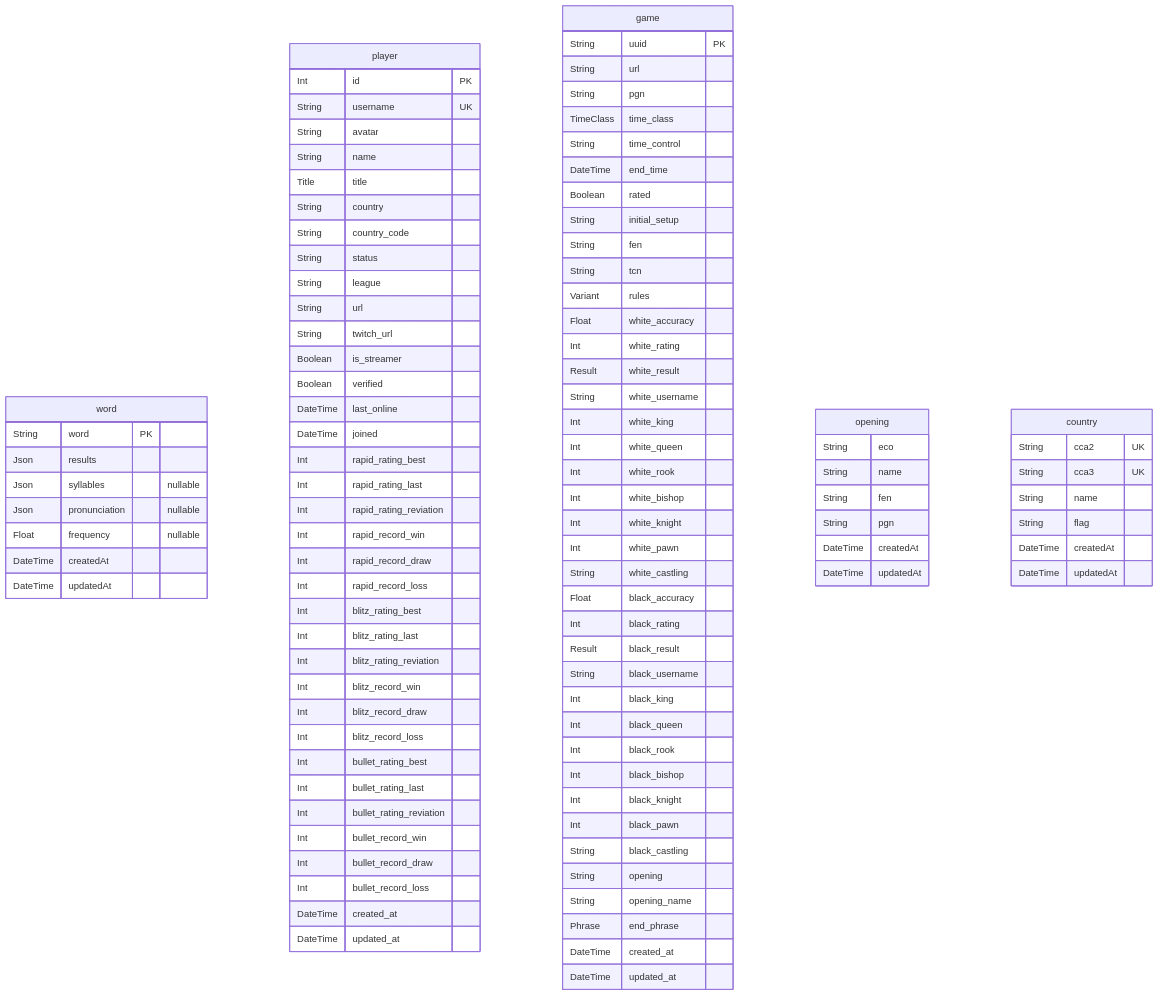
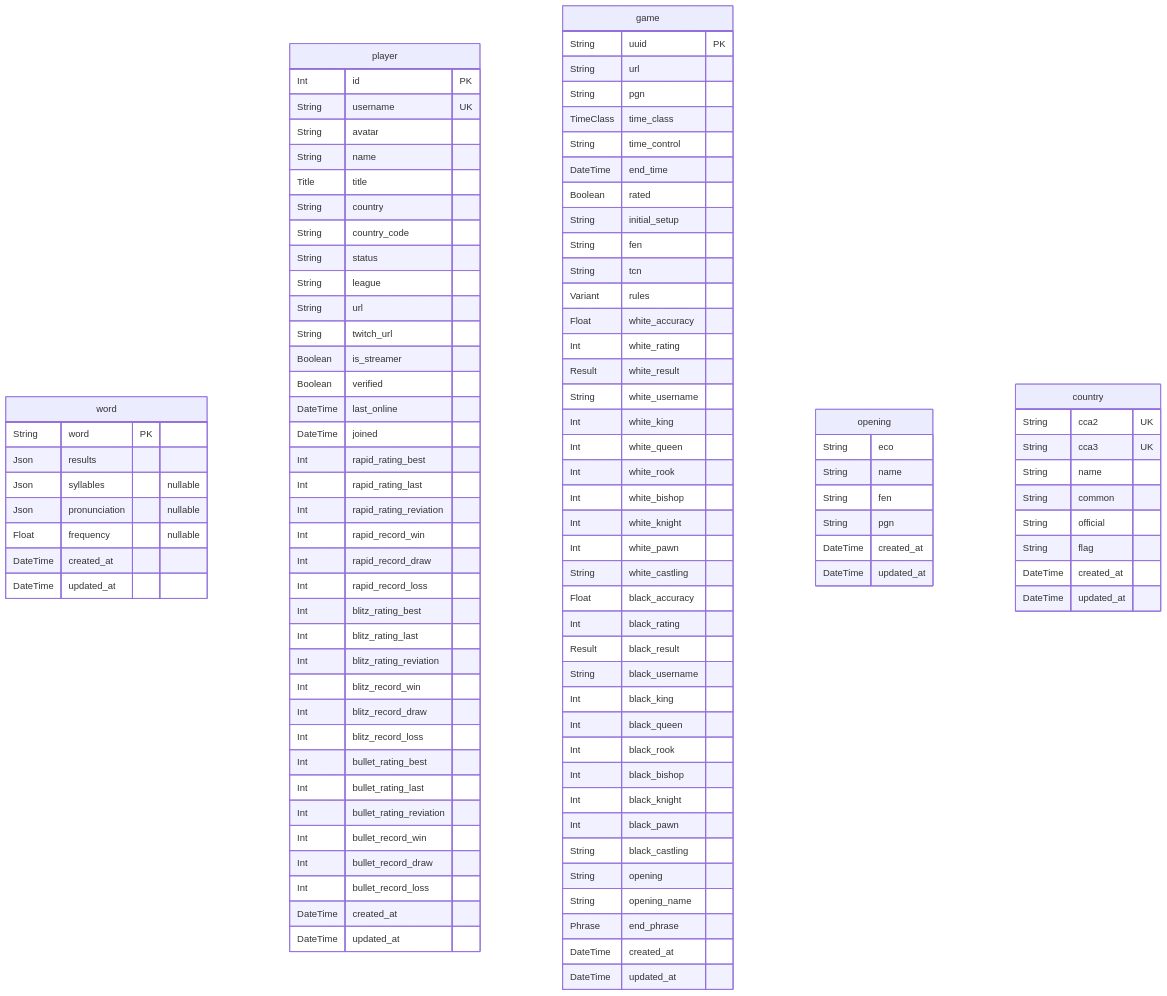
One commit to hieudoanm/hieudoanm.archived changed the diagram in languages/typescript/apps/web/prisma/README.md. Above: the diagram before and after it, drawn with Mermaid. The commit also changed other lines of this file and 47 other files, not shown here.

````diff
--- a/languages/typescript/apps/web/prisma/README.md
+++ b/languages/typescript/apps/web/prisma/README.md
@@ -14,8 +14,8 @@
   Json syllables "nullable"
   Json pronunciation "nullable"
   Float frequency "nullable"
-  DateTime createdAt
-  DateTime updatedAt
+  DateTime created_at
+  DateTime updated_at
 }
 "player" {
   Int id PK
@@ -99,15 +99,17 @@
   String name
   String fen
   String pgn
-  DateTime createdAt
-  DateTime updatedAt
+  DateTime created_at
+  DateTime updated_at
 }
 "country" {
   String cca2 UK
   String cca3 UK
   String name
+  String common
+  String official
   String flag
-  DateTime createdAt
-  DateTime updatedAt
+  DateTime created_at
+  DateTime updated_at
 }
 ```
````
